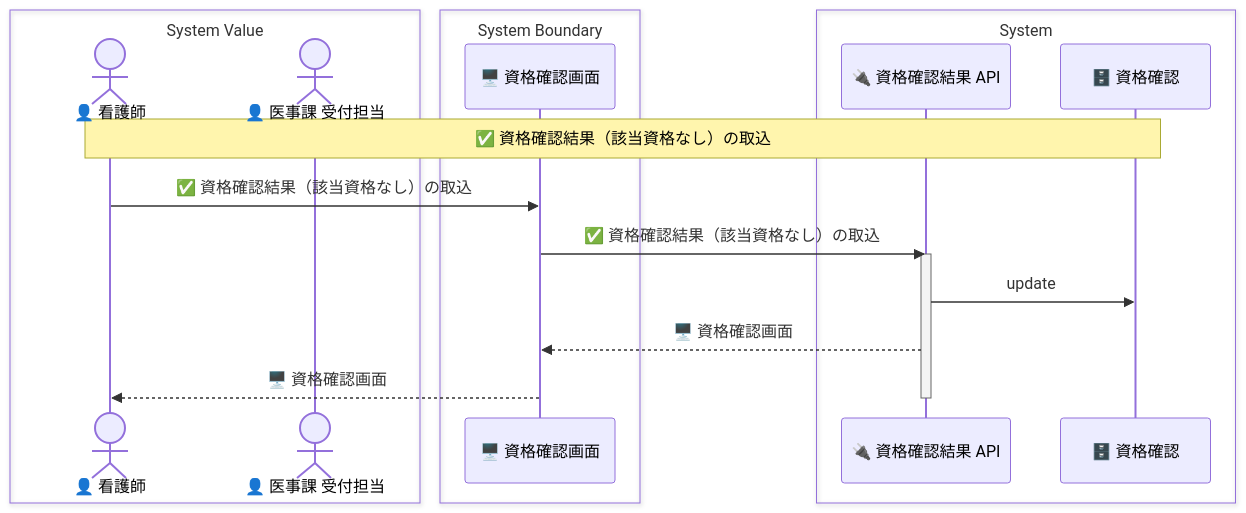
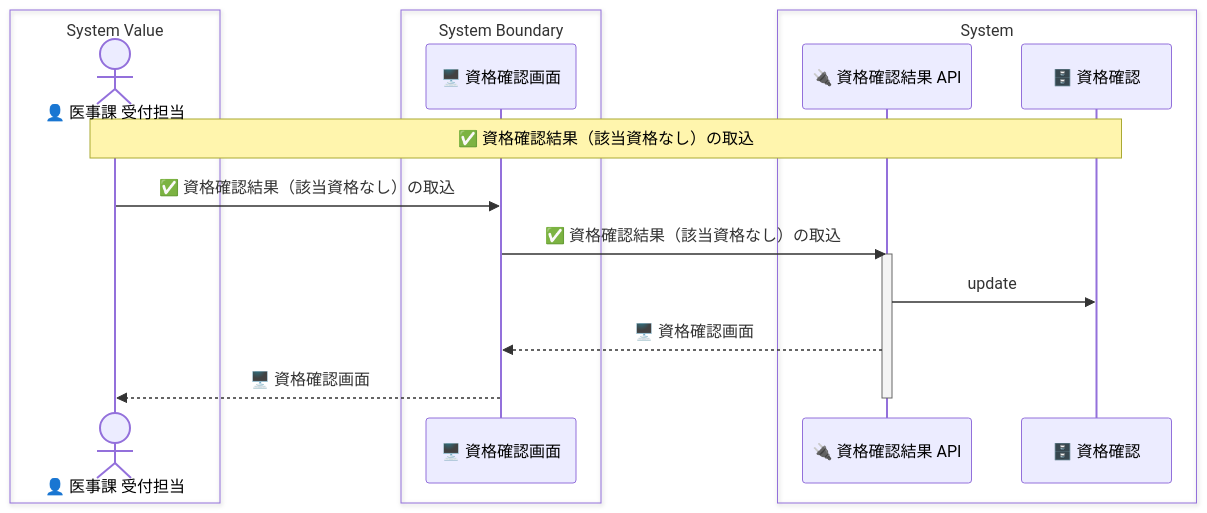
Before and after one commit to manji-0/rdra-ish-dsl: the diagram in samples/clinic-ops/out/uc/sequence_receive_eligibility_no_info.mmd, drawn with Mermaid. The commit also changed 71 other files, not shown here.

```diff
--- a/samples/clinic-ops/out/uc/sequence_receive_eligibility_no_info.mmd
+++ b/samples/clinic-ops/out/uc/sequence_receive_eligibility_no_info.mmd
@@ -1,21 +1,20 @@
 sequenceDiagram
   box System Value
-    actor Nurse as 👤 看護師
     actor ReceptionClerk as 👤 医事課 受付担当
   end
   box System Boundary
     participant EligibilityScreen as 🖥️ 資格確認画面
   end
   box System
     participant EligibilityResultApi as 🔌 資格確認結果 API
     participant EligibilityCheck as 🗄️ 資格確認
   end
 
-  Note over Nurse,EligibilityCheck: ✅ 資格確認結果（該当資格なし）の取込
-  Nurse->>EligibilityScreen: ✅ 資格確認結果（該当資格なし）の取込
+  Note over ReceptionClerk,EligibilityCheck: ✅ 資格確認結果（該当資格なし）の取込
+  ReceptionClerk->>EligibilityScreen: ✅ 資格確認結果（該当資格なし）の取込
   EligibilityScreen->>EligibilityResultApi: ✅ 資格確認結果（該当資格なし）の取込
   activate EligibilityResultApi
   EligibilityResultApi->>EligibilityCheck: update
   EligibilityResultApi-->>EligibilityScreen: 🖥️ 資格確認画面
-  EligibilityScreen-->>Nurse: 🖥️ 資格確認画面
+  EligibilityScreen-->>ReceptionClerk: 🖥️ 資格確認画面
   deactivate EligibilityResultApi
```
